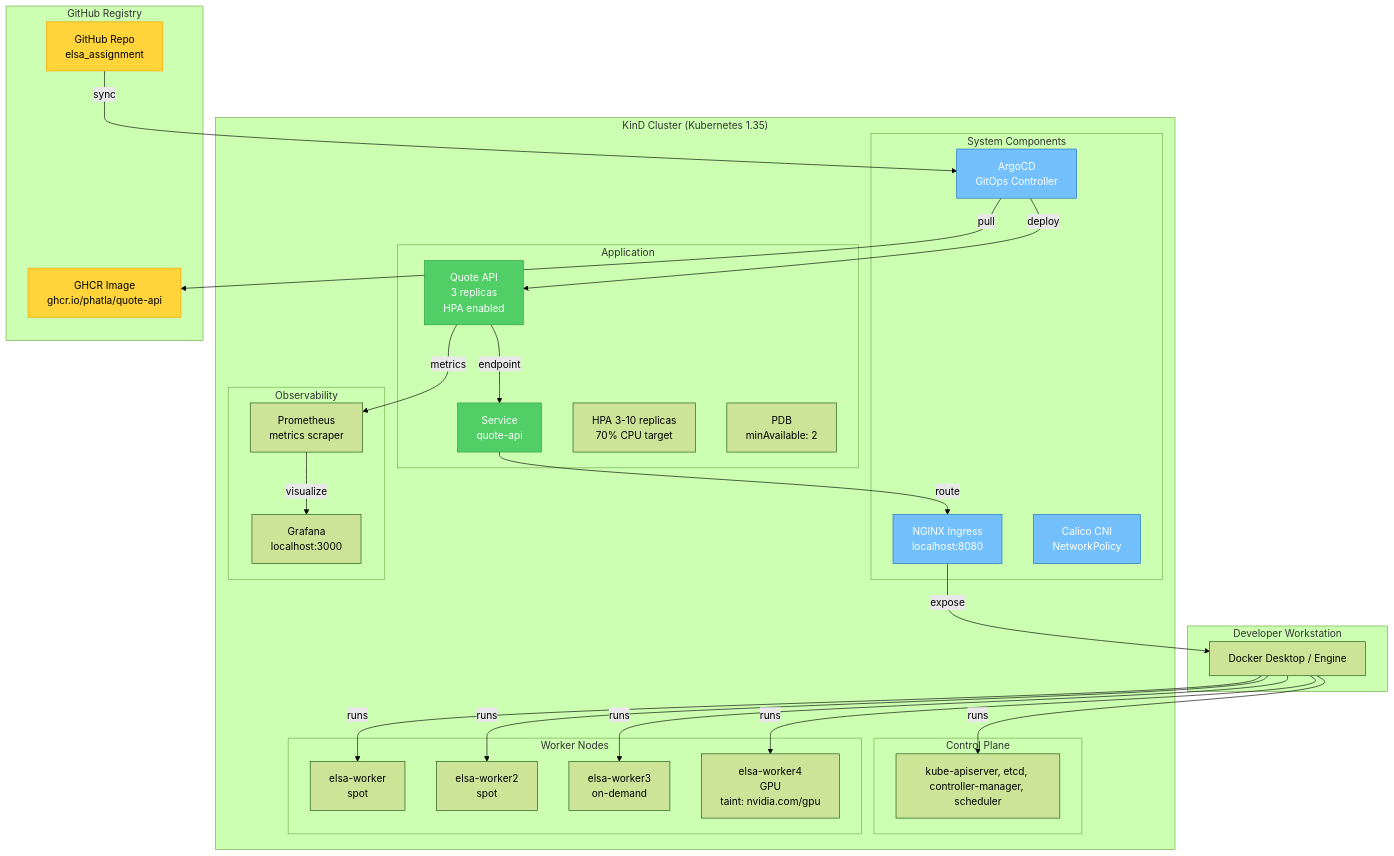
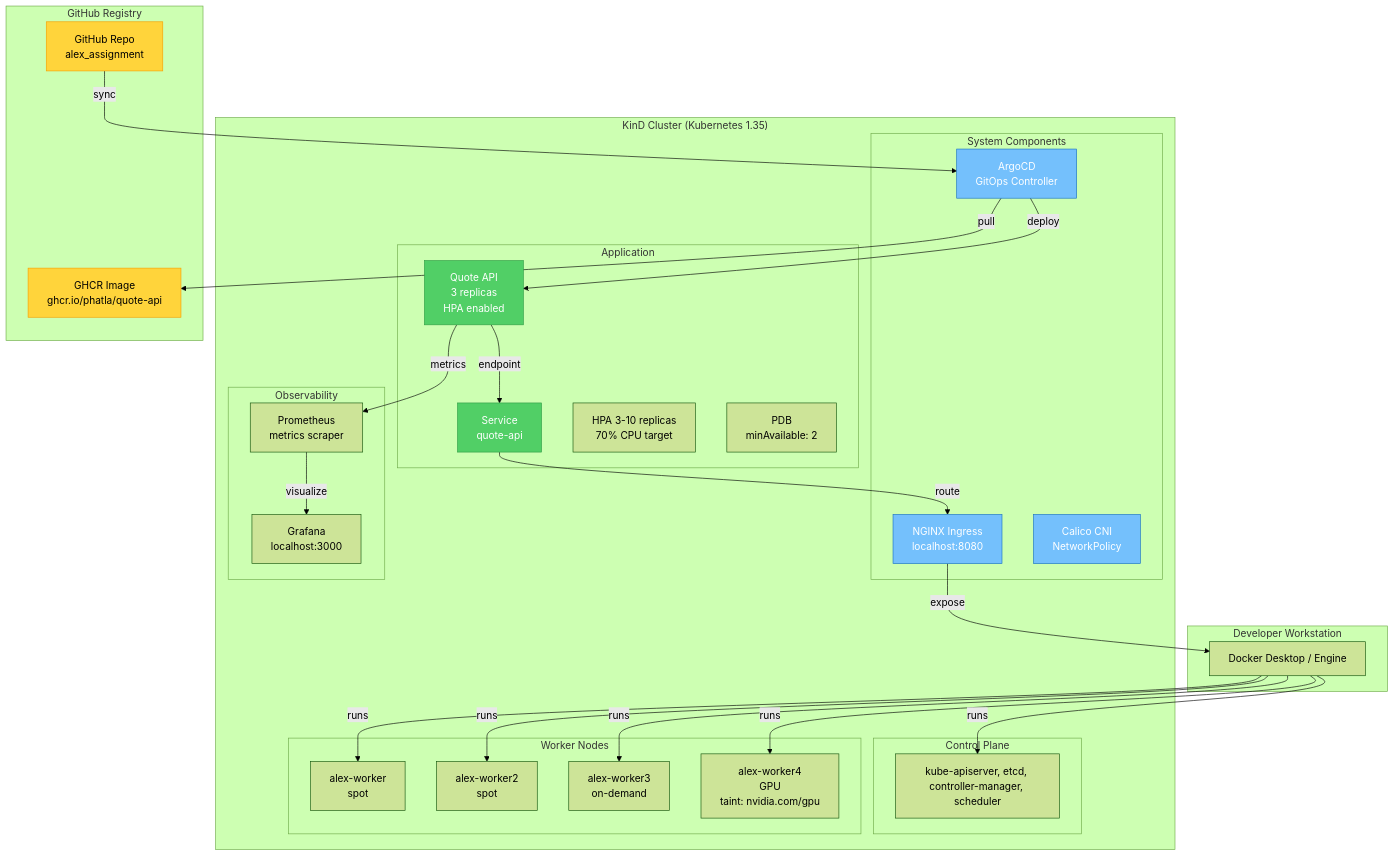
The first of 3 diagrams in README.md (PhaTLa/elsa_assignment), drawn with Mermaid (forest theme) before and after one commit. The commit also changed other lines of this file and 17 other files, not shown here.

````diff
--- a/README.md
+++ b/README.md
@@ -58,67 +58,67 @@
 ```mermaid
 graph TB
     subgraph "Developer Workstation"
         DC["Docker Desktop / Engine"]
     end
 
     subgraph "KinD Cluster (Kubernetes 1.35)"
         subgraph "Control Plane"
             CP["kube-apiserver, etcd, controller-manager, scheduler"]
         end
         
         subgraph "Worker Nodes"
-            WS1["elsa-worker<br/>spot"]
-            WS2["elsa-worker2<br/>spot"]
-            WOD["elsa-worker3<br/>on-demand"]
-            WGPU["elsa-worker4<br/>GPU<br/>taint: nvidia.com/gpu"]
+            WS1["alex-worker<br/>spot"]
+            WS2["alex-worker2<br/>spot"]
+            WOD["alex-worker3<br/>on-demand"]
+            WGPU["alex-worker4<br/>GPU<br/>taint: nvidia.com/gpu"]
         end
         
         subgraph "System Components"
             ARG["ArgoCD<br/>GitOps Controller"]
             ING["NGINX Ingress<br/>localhost:8080"]
             DNE["Calico CNI<br/>NetworkPolicy"]
         end
         
         subgraph "Application"
             APP["Quote API<br/>3 replicas<br/>HPA enabled"]
             SVC["Service<br/>quote-api"]
             HPA["HPA 3-10 replicas<br/>70% CPU target"]
             PDB["PDB<br/>minAvailable: 2"]
         end
         
         subgraph "Observability"
             PROM["Prometheus<br/>metrics scraper"]
             GRAF["Grafana<br/>localhost:3000"]
         end
     end
 
     subgraph "GitHub Registry"
-        REPO["GitHub Repo<br/>elsa_assignment"]
+        REPO["GitHub Repo<br/>alex_assignment"]
         GHCR["GHCR Image<br/>ghcr.io/phatla/quote-api"]
     end
 
     DC -->|runs| CP
     DC -->|runs| WS1
     DC -->|runs| WS2
     DC -->|runs| WOD
     DC -->|runs| WGPU
     
     REPO -->|sync| ARG
     ARG -->|deploy| APP
     APP -->|endpoint| SVC
     SVC -->|route| ING
     ING -->|expose| DC
     
     APP -->|metrics| PROM
     PROM -->|visualize| GRAF
     
     ARG -->|pull| GHCR
 
     classDef working fill:#51cf66,stroke:#2f9e44,color:#fff
     classDef system fill:#74c0fc,stroke:#1971c2,color:#fff
     classDef external fill:#ffd43b,stroke:#f59f00,color:#000
     
     class APP,SVC working
     class ARG,ING,DNE system
     class REPO,GHCR external
 ```
````
